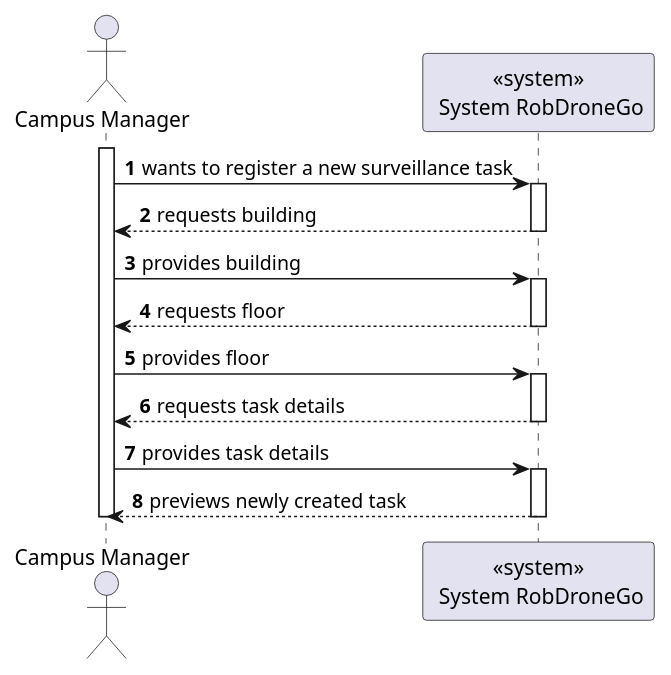
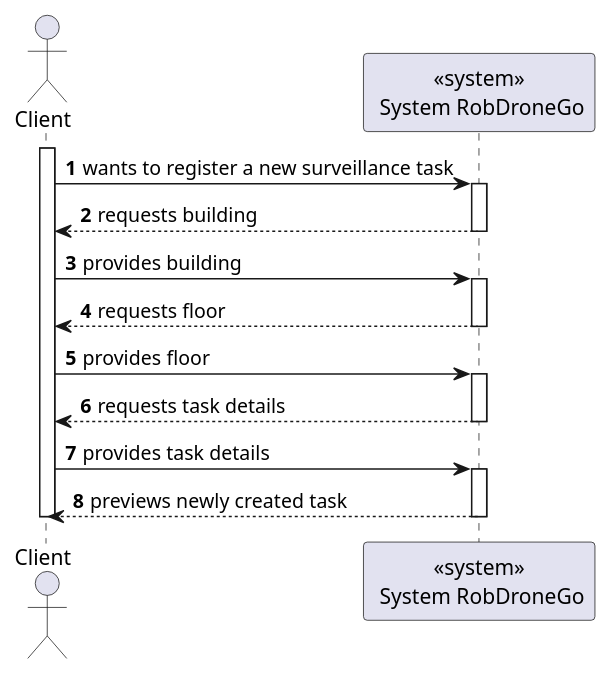
The diagram in docs/us460/surveillance/level1/process-view.puml (Departamento-de-Engenharia-Informatica/lapr5-23-24-g19), drawn with PlantUML before and after one commit. The commit also changed 8 other files, not shown here.

```diff
--- a/docs/us460/surveillance/level1/process-view.puml
+++ b/docs/us460/surveillance/level1/process-view.puml
@@ -1,30 +1,30 @@
 @startuml
 autonumber
 
-actor "Campus Manager" as usr
+actor "Client" as usr
 
 participant "<<system>>\n System RobDroneGo" as sys
 
 activate usr
 usr -> sys : wants to register a new surveillance task
     activate sys
         sys --> usr : requests building
     deactivate sys
     usr -> sys : provides building
 
     activate sys
         sys --> usr : requests floor
     deactivate sys
 
     usr -> sys : provides floor
     activate sys
     sys --> usr : requests task details
     deactivate sys
 
     usr -> sys : provides task details
     activate sys
     sys --> usr : previews newly created task
     deactivate sys
 deactivate usr
 
 @enduml
```
